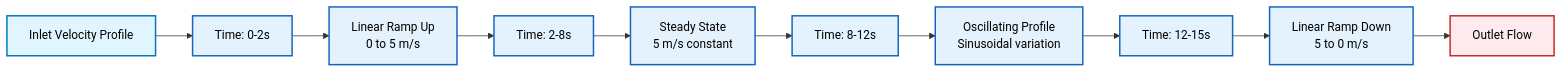
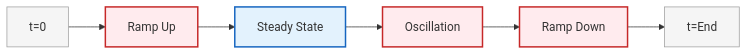
Before and after one commit to wramet/build-my-cfd: the seventh of 7 diagrams in MODULE_01_CFD_FUNDAMENTALS/CONTENT/03_BOUNDARY_CONDITIONS/06_Advanced_Boundary_Conditions.md, drawn with Mermaid. The commit also changed other lines of this file and 313 other files, not shown here.

Commit message:
Revise all diagram

````diff
--- a/MODULE_01_CFD_FUNDAMENTALS/CONTENT/03_BOUNDARY_CONDITIONS/06_Advanced_Boundary_Conditions.md
+++ b/MODULE_01_CFD_FUNDAMENTALS/CONTENT/03_BOUNDARY_CONDITIONS/06_Advanced_Boundary_Conditions.md
@@ -528,23 +489,15 @@
 ```mermaid
 graph LR
-    A["Inlet Velocity Profile"] --> B["Time: 0-2s"]
-    B --> C["Linear Ramp Up<br/>0 to 5 m/s"]
-    C --> D["Time: 2-8s"]
-    D --> E["Steady State<br/>5 m/s constant"]
-    E --> F["Time: 8-12s"]
-    F --> G["Oscillating Profile<br/>Sinusoidal variation"]
-    G --> H["Time: 12-15s"]
-    H --> I["Linear Ramp Down<br/>5 to 0 m/s"]
-    I --> J["Outlet Flow"]
-
-    style A fill:#e1f5fe,stroke:#0277bd,stroke-width:2px,color:#000
-    style J fill:#ffebee,stroke:#c62828,stroke-width:2px,color:#000
-
-    classDef process fill:#e3f2fd,stroke:#1565c0,stroke-width:2px,color:#000;
-    classDef decision fill:#fff9c4,stroke:#fbc02d,stroke-width:2px,color:#000;
-    classDef terminator fill:#ffebee,stroke:#c62828,stroke-width:2px,color:#000;
-    classDef storage fill:#e8f5e9,stroke:#2e7d32,stroke-width:2px,color:#000;
-    classDef transition fill:#f3e5f5,stroke:#7b1fa2,stroke-width:2px,color:#000;
-
-    class B,C,D,E,F,G,H,I process
+%% Timeline Profile
+Start["t=0"]:::context
+RampUp["Ramp Up"]:::explicit
+Steady["Steady State"]:::implicit
+Osc["Oscillation"]:::explicit
+RampDown["Ramp Down"]:::explicit
+End["t=End"]:::context
+Start --> RampUp --> Steady --> Osc --> RampDown --> End
+%% Classes
+classDef implicit fill:#e3f2fd,stroke:#1565c0,stroke-width:2px;
+classDef explicit fill:#ffebee,stroke:#c62828,stroke-width:2px;
+classDef context fill:#f5f5f5,stroke:#9e9e9e,stroke-width:1px;
 ```
````
